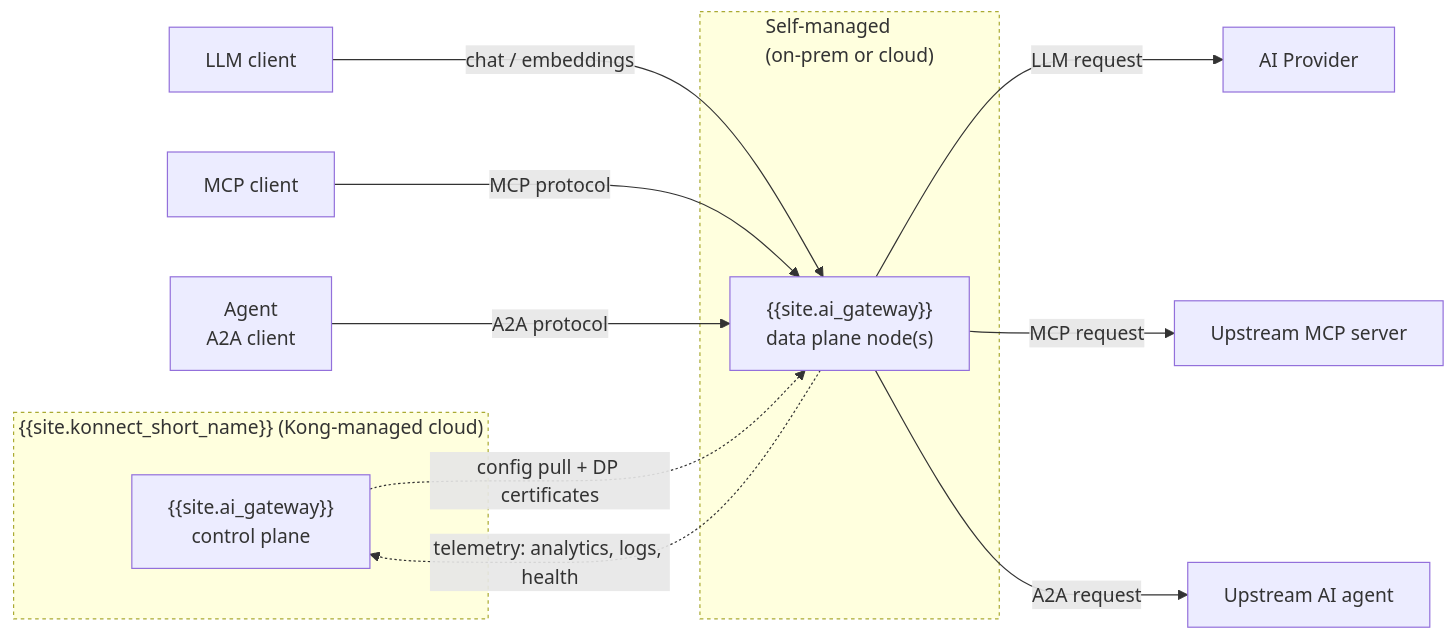
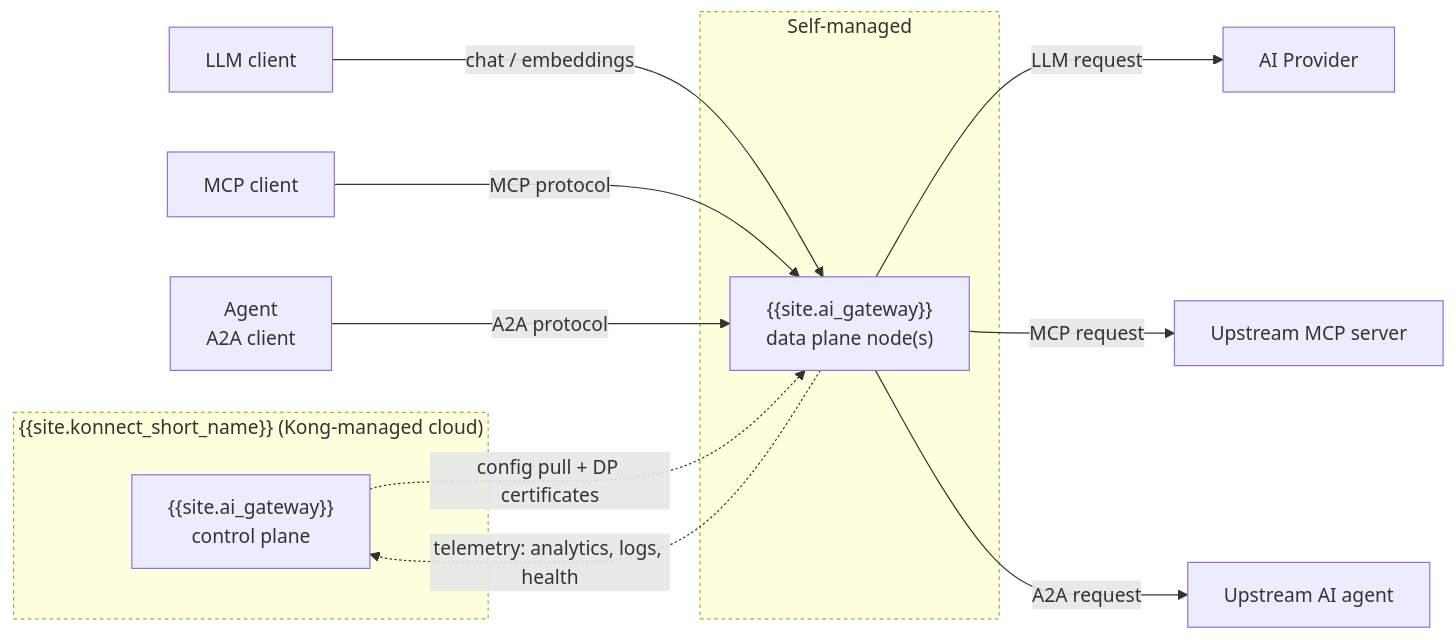
Before and after one commit to Kong/developer.konghq.com: the diagram in app/ai-gateway/architecture.md, drawn with Mermaid.

```diff
--- a/app/ai-gateway/architecture.md
+++ b/app/ai-gateway/architecture.md
@@ -29,27 +29,27 @@
 {% mermaid %}
 
 flowchart LR
 
 subgraph Konnect["{{site.konnect_short_name}} (Kong-managed cloud)"]
   CP["{{site.ai_gateway}}<br/>control plane"]
 end
 
 LLMc["LLM client"] -->|chat / embeddings| DP
 MCPc["MCP client"] -->|MCP protocol| DP
 A2Ac["Agent<br/>A2A client"] -->|A2A protocol| DP
 
-subgraph Customer["Self-managed<br/>(on-prem or cloud)"]
+subgraph Customer["Self-managed"]
   DP["{{site.ai_gateway}}<br/>data plane node(s)"]
 end
 
 DP -->|LLM request| Provider["AI Provider"]
 DP -->|MCP request| MCPs["Upstream MCP server"]
 DP -->|A2A request| Agent["Upstream AI agent"]
 
 CP -. "config pull + DP certificates" .-> DP
 DP -. "telemetry: analytics, logs, health" .-> CP
 
 style Konnect stroke-dasharray:3
 style Customer stroke-dasharray:3
 
 {% endmermaid %}
```
